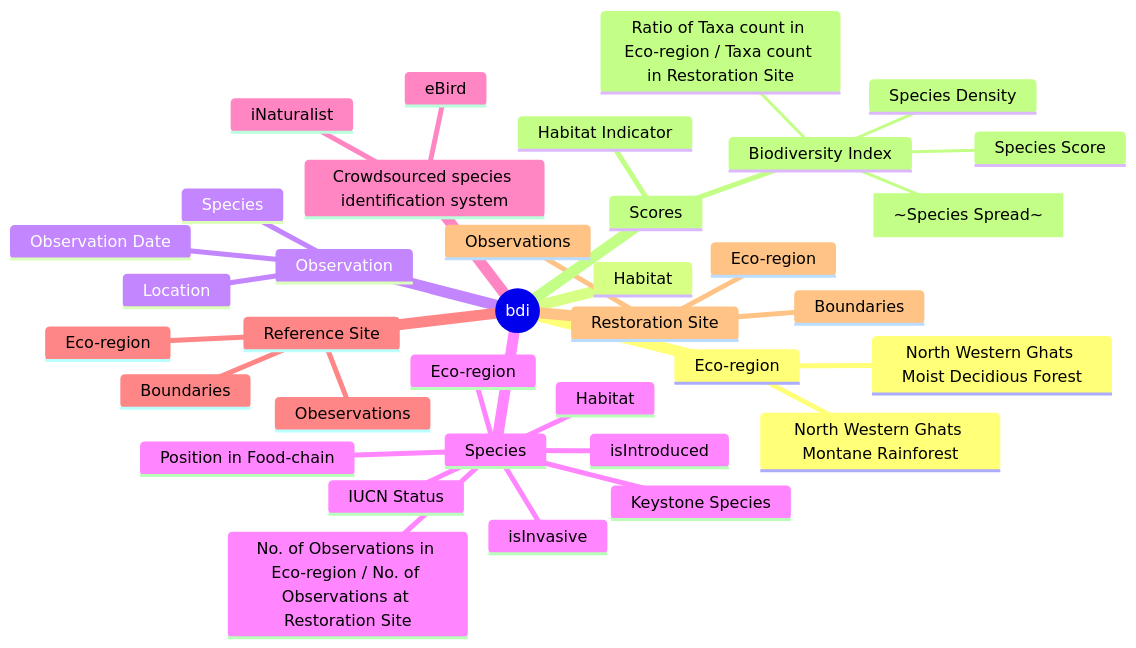
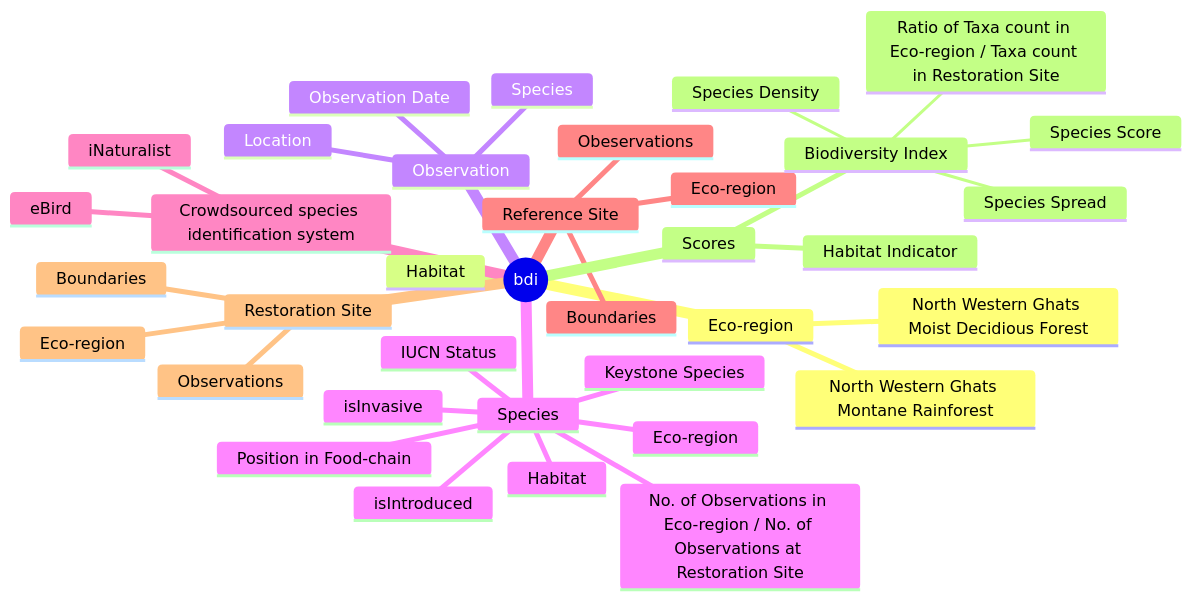
The diagram in README.md (maulikdave-fh/bdi), drawn with Mermaid before and after one commit.

````diff
--- a/README.md
+++ b/README.md
@@ -1,40 +1,40 @@
 ```mermaid
     mindmap
       root((bdi))
         Eco-region
           North Western Ghats Montane Rainforest
           North Western Ghats Moist Decidious Forest
         Habitat
         Observation
           Location
           Observation Date
           Species            
         Species
           Eco-region
           Habitat
           Keystone Species
           IUCN Status
           isInvasive
           isIntroduced
           No. of Observations in Eco-region / No. of Observations at Restoration Site
           Position in Food-chain            
         Crowdsourced species identification system
           iNaturalist
           eBird
         Reference Site
           Boundaries
           Obeservations
           Eco-region
         Restoration Site
           Boundaries
           Observations
           Eco-region
         Scores
           Biodiversity Index
             Species Density
-            id1["~Species Spread~"]
+            Species Spread
             Species Score
             Ratio of Taxa count in Eco-region / Taxa count in Restoration Site
           Habitat Indicator
               
 ```
````
